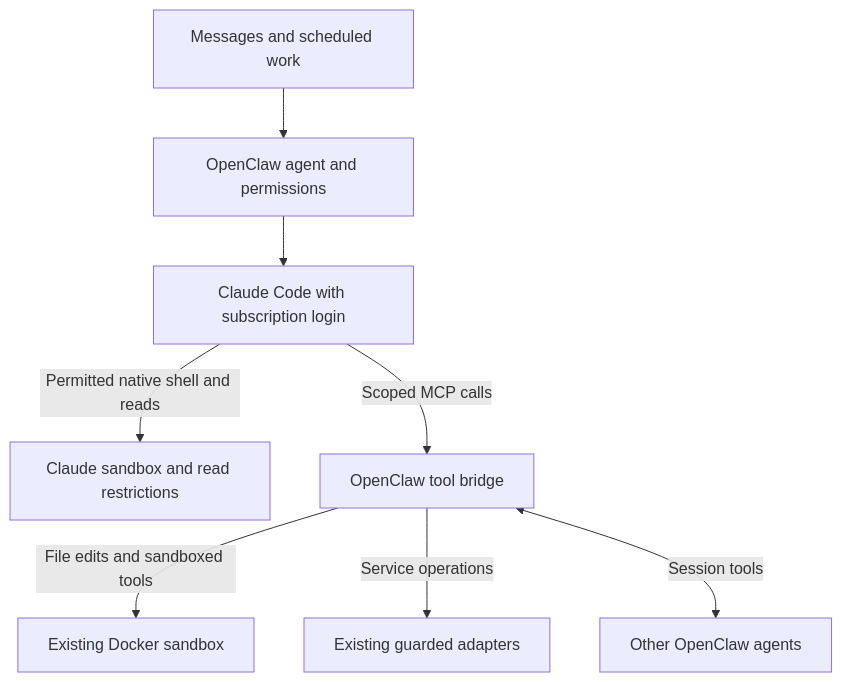
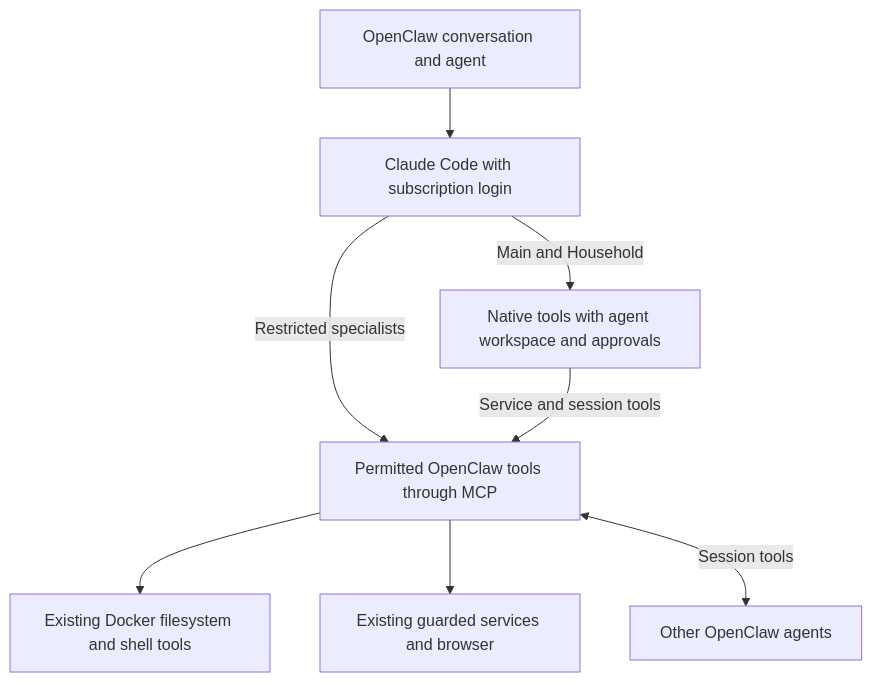
Before and after one commit to coletaylor788/puddles: the diagram in docs/plans/claude-code-subscription-harness.md, drawn with Mermaid. The commit also changed other lines of this file, not shown here.

Commit message:
docs: adopt native household tools and restricted specialists

````diff
--- a/docs/plans/claude-code-subscription-harness.md
+++ b/docs/plans/claude-code-subscription-harness.md
@@ -17,10 +17,10 @@
 ```mermaid
 flowchart TB
-    Messages["Messages and scheduled work"] --> OC["OpenClaw agent and permissions"]
-    OC --> CC["Claude Code with subscription login"]
-    CC -->|"Permitted native shell and reads"| Native["Claude sandbox and read restrictions"]
-    CC -->|"Scoped MCP calls"| MCP["OpenClaw tool bridge"]
-    MCP -->|"File edits and sandboxed tools"| Docker["Existing Docker sandbox"]
-    MCP -->|"Service operations"| Services["Existing guarded adapters"]
+    OC["OpenClaw conversation and agent"] --> CC["Claude Code with subscription login"]
+    CC -->|"Main and Household"| Native["Native tools with agent workspace and approvals"]
+    CC -->|"Restricted specialists"| MCP["Permitted OpenClaw tools through MCP"]
+    Native -->|"Service and session tools"| MCP
+    MCP --> Docker["Existing Docker filesystem and shell tools"]
+    MCP --> Services["Existing guarded services and browser"]
     MCP <-->|"Session tools"| Agents["Other OpenClaw agents"]
 ```
````
